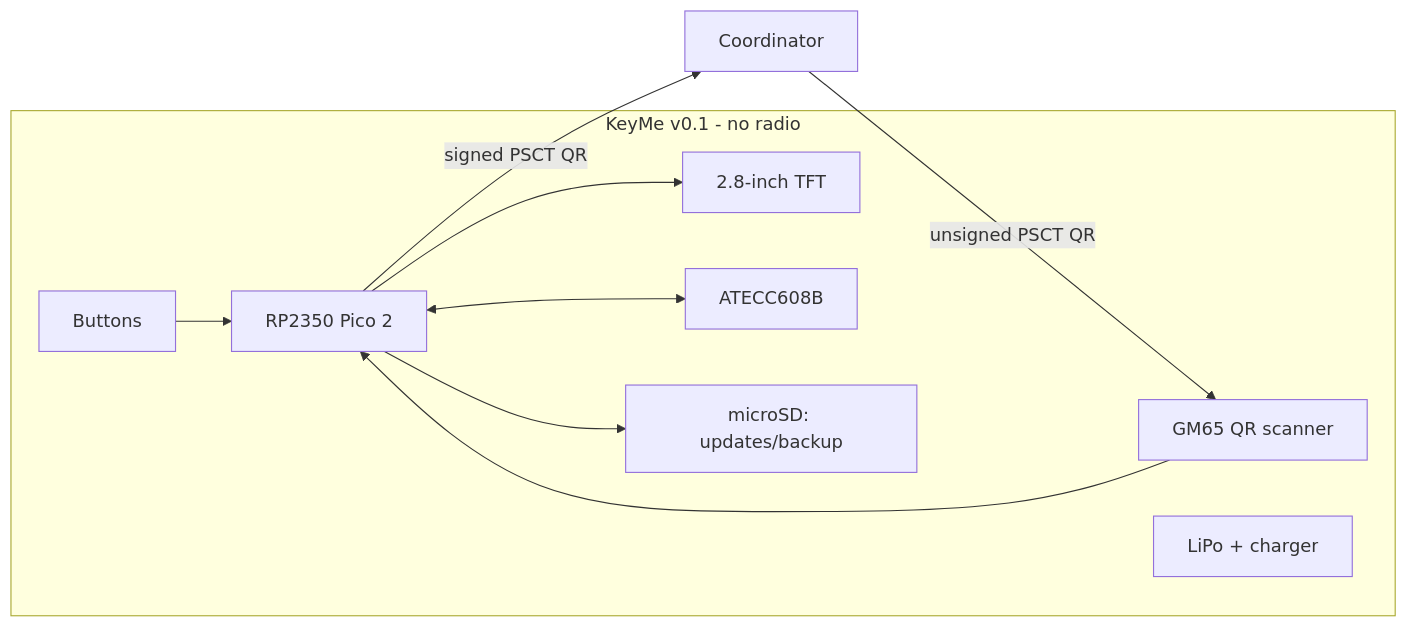
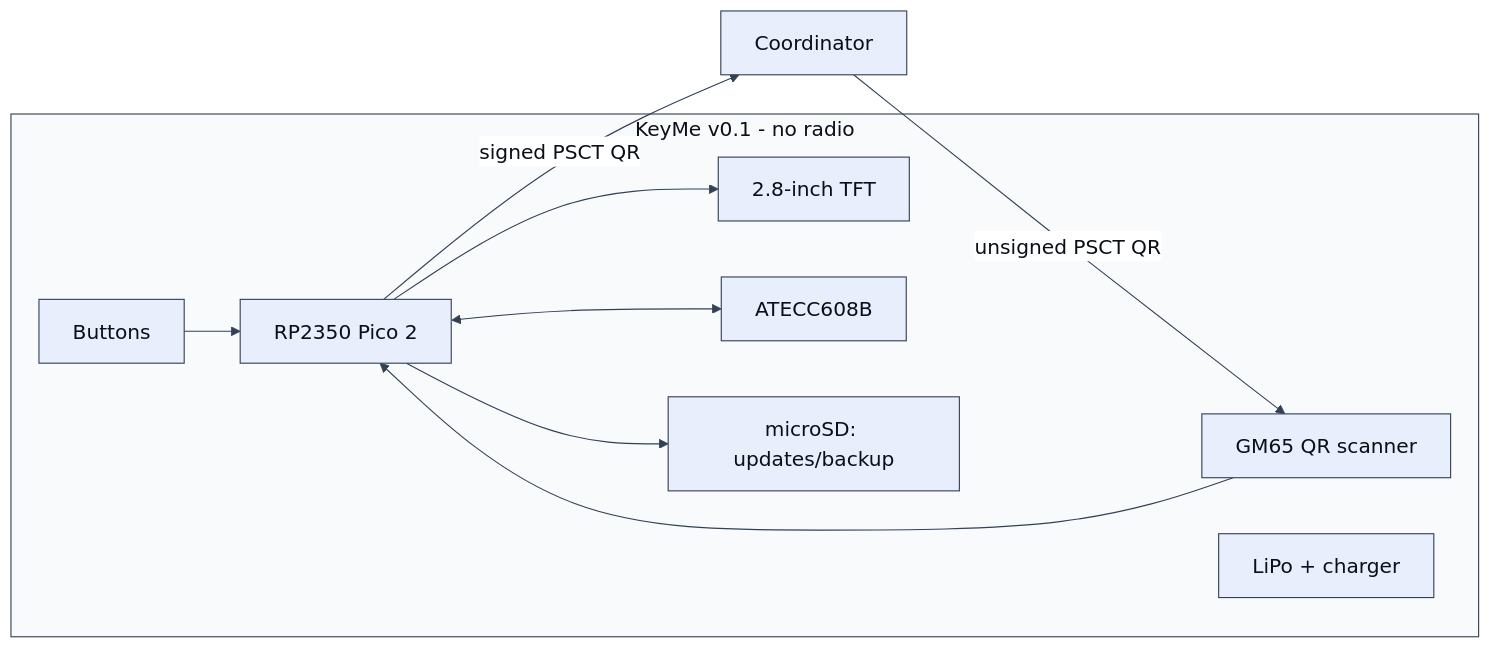
One commit to WuodOdhis/keyme changed the diagram in docs/assets/keyme-hardware.mmd. Above: the diagram before and after it, drawn with Mermaid. The commit also changed 4 other files, not shown here.

Commit message:
Improve diagram contrast and cache-bust images

```diff
--- a/docs/assets/keyme-hardware.mmd
+++ b/docs/assets/keyme-hardware.mmd
@@ -1,17 +1,18 @@
+%%{init: {"theme":"base","themeVariables":{"fontFamily":"Arial, sans-serif","fontSize":"18px","primaryColor":"#e8eefc","primaryTextColor":"#0b0f17","primaryBorderColor":"#334155","lineColor":"#334155","secondaryColor":"#f8fafc","tertiaryColor":"#ffffff","clusterBkg":"#f8fafc","clusterBorder":"#334155","titleColor":"#0b0f17","edgeLabelBackground":"#ffffff","labelTextColor":"#0b0f17"}}}%%
 flowchart LR
   subgraph K[KeyMe v0.1 - no radio]
     MCU[RP2350 Pico 2]
     LCD[2.8-inch TFT]
     SCAN[GM65 QR scanner]
     SE[ATECC608B]
     SD[microSD: updates/backup]
     UI[Buttons]
     PWR[LiPo + charger]
   end
   C[Coordinator] -->|unsigned PSCT QR| SCAN
   SCAN --> MCU
   MCU --> LCD
   MCU <--> SE
   MCU --> SD
   UI --> MCU
   MCU -->|signed PSCT QR| C
```
